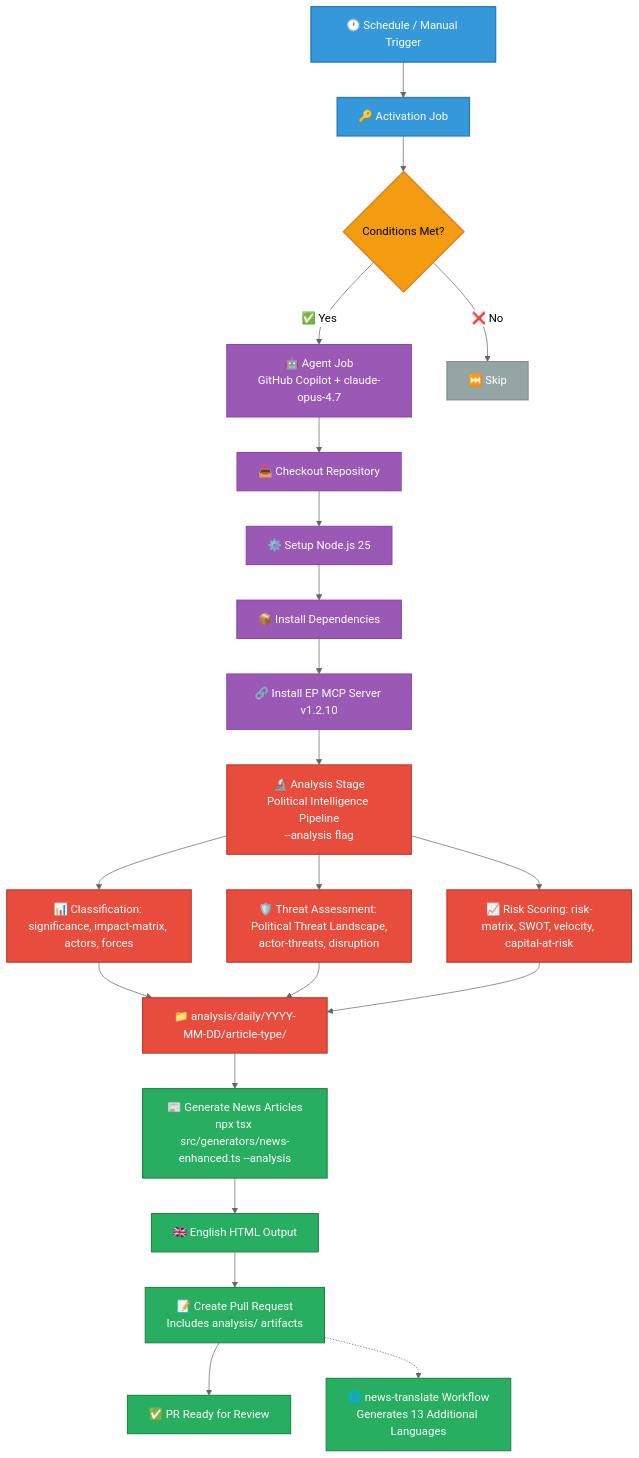
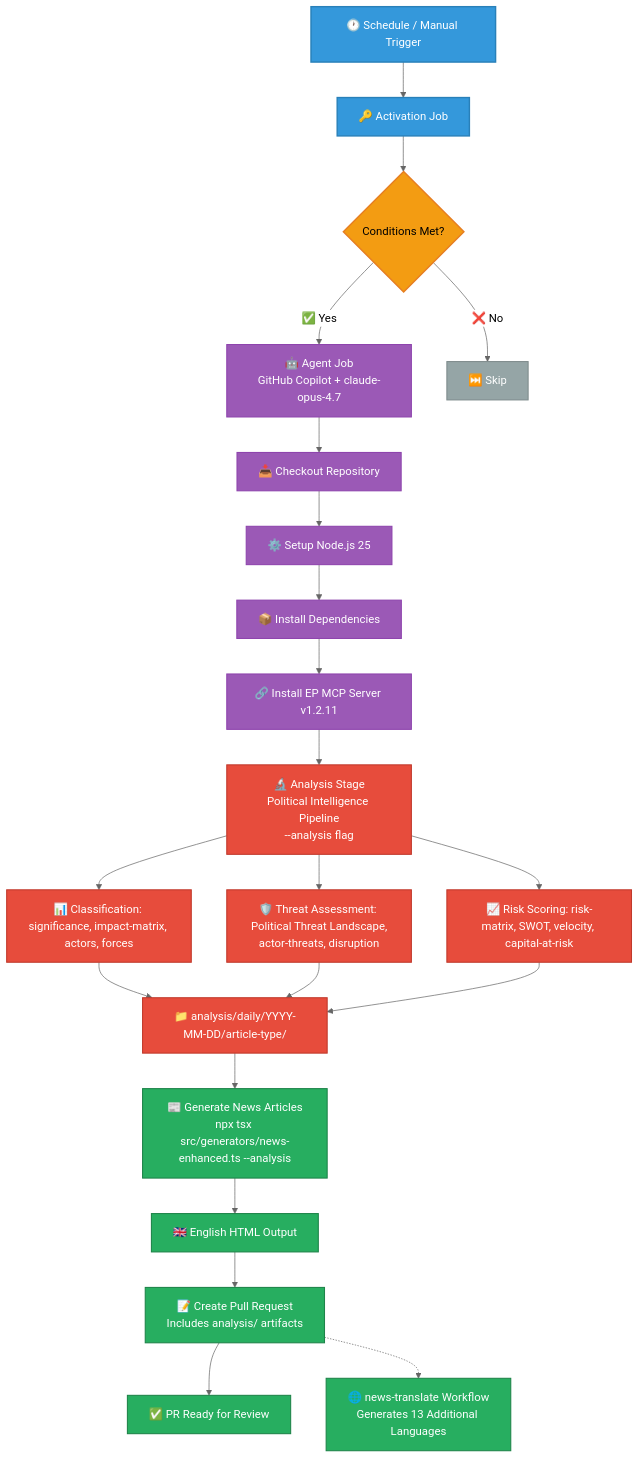
Before and after one commit to Hack23/euparliamentmonitor: the third of 22 diagrams in WORKFLOWS.md, drawn with Mermaid (neutral theme). The commit also changed other lines of this file and 50 other files, not shown here.

````diff
--- a/WORKFLOWS.md
+++ b/WORKFLOWS.md
@@ -248,37 +248,37 @@
 ```mermaid
 graph TD
     A[🕐 Schedule / Manual Trigger] --> B[🔑 Activation Job]
     B --> C{Conditions Met?}
     C -->|✅ Yes| D[🤖 Agent Job<br/>GitHub Copilot + claude-opus-4.7]
     C -->|❌ No| E[⏭️ Skip]
     D --> F[📥 Checkout Repository]
     F --> G[⚙️ Setup Node.js 25]
     G --> H[📦 Install Dependencies]
-    H --> I[🔗 Install EP MCP Server v1.2.10]
+    H --> I[🔗 Install EP MCP Server v1.2.11]
     I --> J1[🔬 Analysis Stage<br/>Political Intelligence Pipeline<br/>--analysis flag]
     J1 --> J1a[📊 Classification: significance, impact-matrix, actors, forces]
     J1 --> J1b[🛡️ Threat Assessment: Political Threat Landscape,<br/>actor-threats, disruption]
     J1 --> J1c[📈 Risk Scoring: risk-matrix, SWOT, velocity, capital-at-risk]
     J1a --> J1d["📁 analysis/daily/YYYY-MM-DD/article-type/"]
     J1b --> J1d
     J1c --> J1d
     J1d --> J[📰 Generate News Articles<br/>npx tsx src/generators/news-enhanced.ts --analysis]
     J --> K[🇬🇧 English HTML Output]
     K --> L[📝 Create Pull Request<br/>Includes analysis/ artifacts]
     L --> M[✅ PR Ready for Review]
     L -.-> N[🌐 news-translate Workflow<br/>Generates 13 Additional Languages]
 
     classDef trigger fill:#3498db,stroke:#2980b9,stroke-width:2px,color:white
     classDef process fill:#9b59b6,stroke:#8e44ad,stroke-width:1.5px,color:white
     classDef decision fill:#f39c12,stroke:#e67e22,stroke-width:2px,color:black
     classDef skip fill:#95a5a6,stroke:#7f8c8d,stroke-width:1.5px,color:white
     classDef analysis fill:#e74c3c,stroke:#c0392b,stroke-width:1.5px,color:white
     classDef output fill:#27ae60,stroke:#1e8449,stroke-width:1.5px,color:white
 
     class A,B trigger
     class D,F,G,H,I process
     class C decision
     class E skip
     class J1,J1a,J1b,J1c,J1d analysis
     class J,K,L,M,N output
 ```
````
